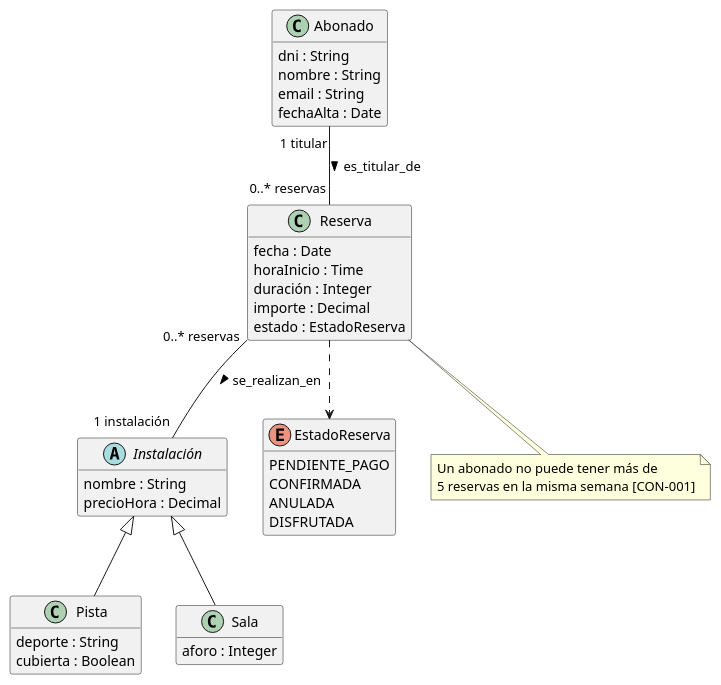
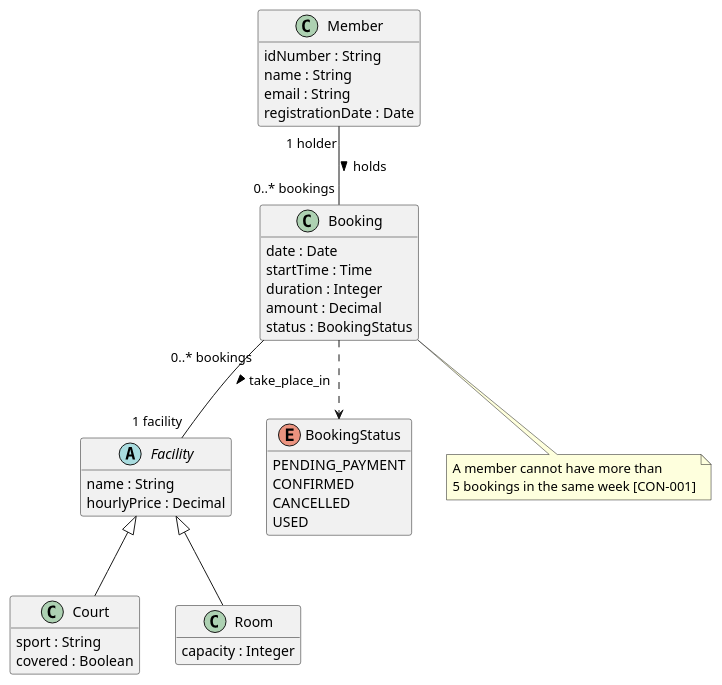
Before and after one commit to proteus-University-of-Seville/profile-madeja: the diagram in archetypes/en_us/projects/sample-sports-center/assets/diagrama-clases.puml, drawn with PlantUML. The commit also changed 16 other files, not shown here.

First line of the commit message:
Translate the diagrams of the English sample to English

```diff
--- a/archetypes/en_us/projects/sample-sports-center/assets/diagrama-clases.puml
+++ b/archetypes/en_us/projects/sample-sports-center/assets/diagrama-clases.puml
@@ -1,43 +1,43 @@
 @startuml
 skinparam defaultFontName Arial
 hide empty methods
-class Abonado {
-  dni : String
-  nombre : String
+class Member {
+  idNumber : String
+  name : String
   email : String
-  fechaAlta : Date
+  registrationDate : Date
 }
-abstract class Instalación {
-  nombre : String
-  precioHora : Decimal
+abstract class Facility {
+  name : String
+  hourlyPrice : Decimal
 }
-class Pista {
-  deporte : String
-  cubierta : Boolean
+class Court {
+  sport : String
+  covered : Boolean
 }
-class Sala {
-  aforo : Integer
+class Room {
+  capacity : Integer
 }
-class Reserva {
-  fecha : Date
-  horaInicio : Time
-  duración : Integer
-  importe : Decimal
-  estado : EstadoReserva
+class Booking {
+  date : Date
+  startTime : Time
+  duration : Integer
+  amount : Decimal
+  status : BookingStatus
 }
-enum EstadoReserva {
-  PENDIENTE_PAGO
-  CONFIRMADA
-  ANULADA
-  DISFRUTADA
+enum BookingStatus {
+  PENDING_PAYMENT
+  CONFIRMED
+  CANCELLED
+  USED
 }
-Instalación <|-- Pista
-Instalación <|-- Sala
-Abonado "1 titular" -- "0..* reservas" Reserva : es_titular_de >
-Reserva "0..* reservas" -- "1 instalación" Instalación : se_realizan_en >
-Reserva ..> EstadoReserva
-note bottom of Reserva
-  Un abonado no puede tener más de
-  5 reservas en la misma semana [CON-001]
+Facility <|-- Court
+Facility <|-- Room
+Member "1 holder" -- "0..* bookings" Booking : holds >
+Booking "0..* bookings" -- "1 facility" Facility : take_place_in >
+Booking ..> BookingStatus
+note bottom of Booking
+  A member cannot have more than
+  5 bookings in the same week [CON-001]
 end note
 @enduml
```
